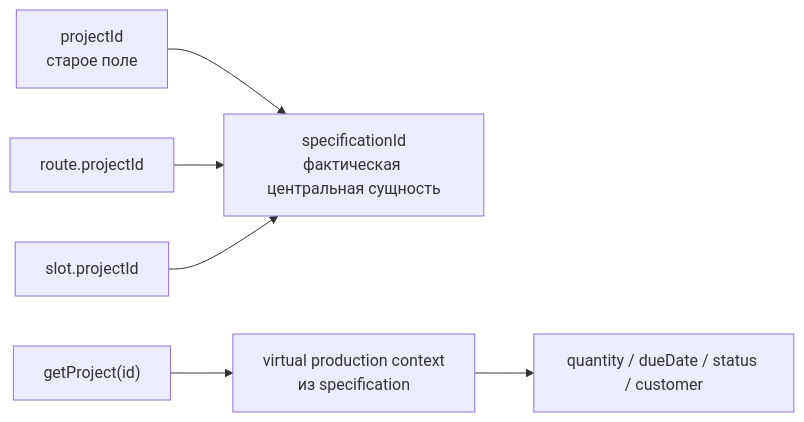
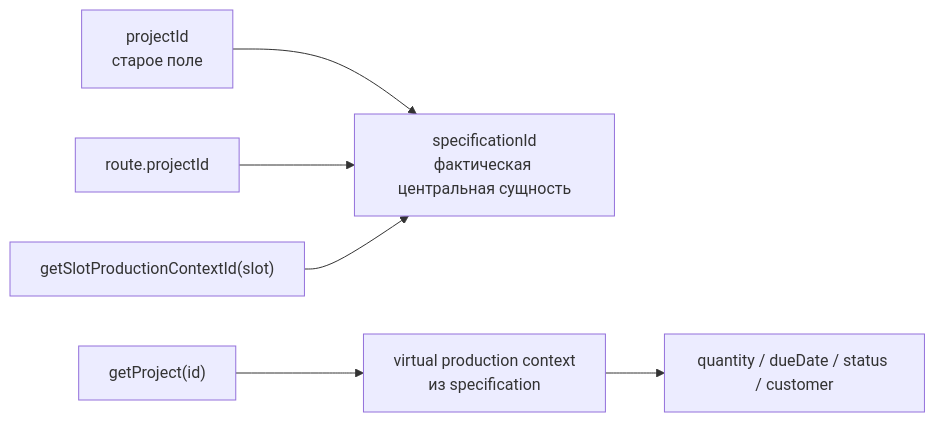
One commit to vladislav241194/mes-staging changed the fourth of 6 diagrams in docs/object-relationship-map.md. Above: the diagram before and after it, drawn with Mermaid. The commit also changed other lines of this file and 71 other files, not shown here.

````diff
--- a/docs/object-relationship-map.md
+++ b/docs/object-relationship-map.md
@@ -379,8 +391,8 @@
 ```mermaid
 flowchart LR
   OLD["projectId<br/>старое поле"] --> NEW["specificationId<br/>фактическая центральная сущность"]
   GP["getProject(id)"] --> PC["virtual production context<br/>из specification"]
   PC --> Q["quantity / dueDate / status / customer"]
   R["route.projectId"] --> NEW
-  S["slot.projectId"] --> NEW
+  S["getSlotProductionContextId(slot)"] --> NEW
 ```
````
